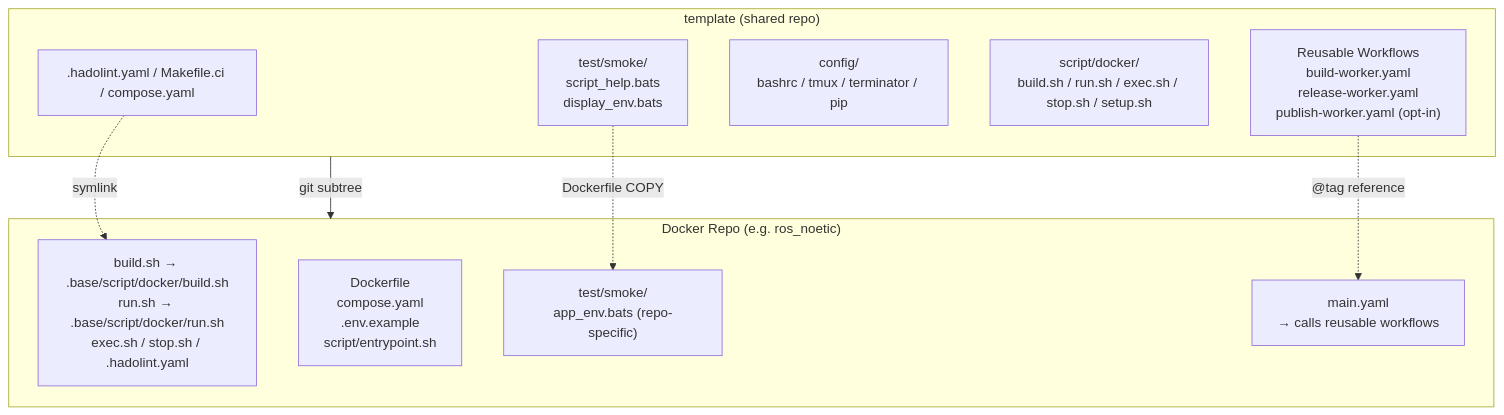
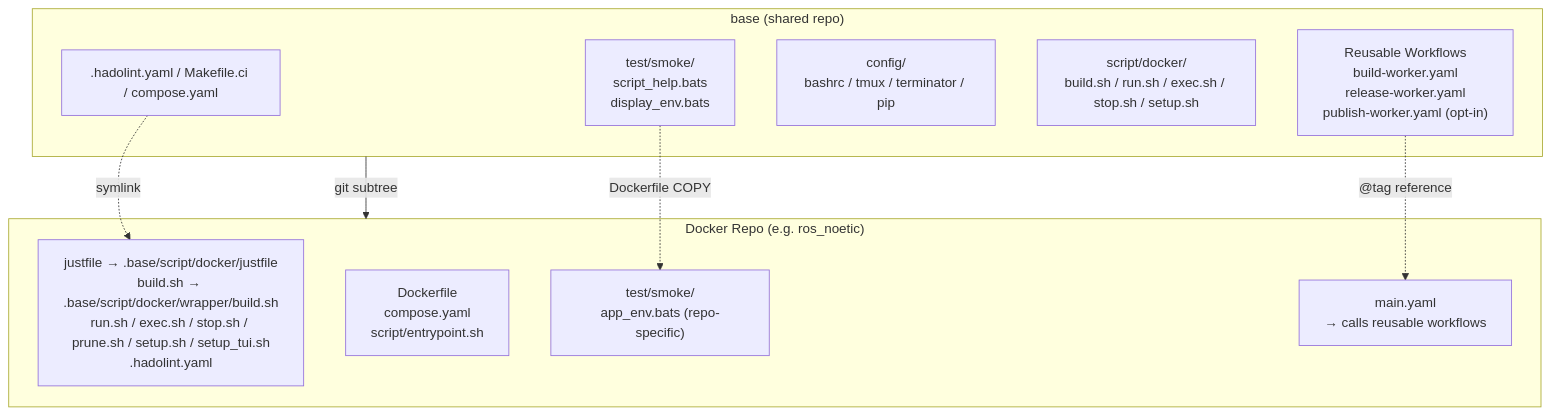
Before and after one commit to ycpss91255-docker/codex_cli: the first of 2 diagrams in .base/README.md, drawn with Mermaid. The commit also changed other lines of this file and 137 other files, not shown here.

First line of the commit message:
chore: upgrade .base subtree to v0.41.0 (#59)

````diff
--- a/.base/README.md
+++ b/.base/README.md
@@ -56,22 +56,22 @@
 ```mermaid
 graph TB
-    subgraph template["template (shared repo)"]
+    subgraph base["base (shared repo)"]
         scripts[".hadolint.yaml / Makefile.ci / compose.yaml"]
         smoke["test/smoke/<br/>script_help.bats<br/>display_env.bats"]
         config["config/<br/>bashrc / tmux / terminator / pip"]
         mgmt["script/docker/<br/>build.sh / run.sh / exec.sh / stop.sh / setup.sh"]
         workflows["Reusable Workflows<br/>build-worker.yaml<br/>release-worker.yaml<br/>publish-worker.yaml (opt-in)"]
     end
 
     subgraph consumer["Docker Repo (e.g. ros_noetic)"]
-        symlinks["build.sh → .base/script/docker/build.sh<br/>run.sh → .base/script/docker/run.sh<br/>exec.sh / stop.sh / .hadolint.yaml"]
-        dockerfile["Dockerfile<br/>compose.yaml<br/>.env.example<br/>script/entrypoint.sh"]
+        symlinks["justfile → .base/script/docker/justfile<br/>build.sh → .base/script/docker/wrapper/build.sh<br/>run.sh / exec.sh / stop.sh / prune.sh / setup.sh / setup_tui.sh<br/>.hadolint.yaml"]
+        dockerfile["Dockerfile<br/>compose.yaml<br/>script/entrypoint.sh"]
         repo_test["test/smoke/<br/>app_env.bats (repo-specific)"]
         main_yaml["main.yaml<br/>→ calls reusable workflows"]
     end
 
-    template -- "git subtree" --> consumer
+    base -- "git subtree" --> consumer
     scripts -. symlink .-> symlinks
     smoke -. "Dockerfile COPY" .-> repo_test
     workflows -. "@tag reference" .-> main_yaml
 ```
````
